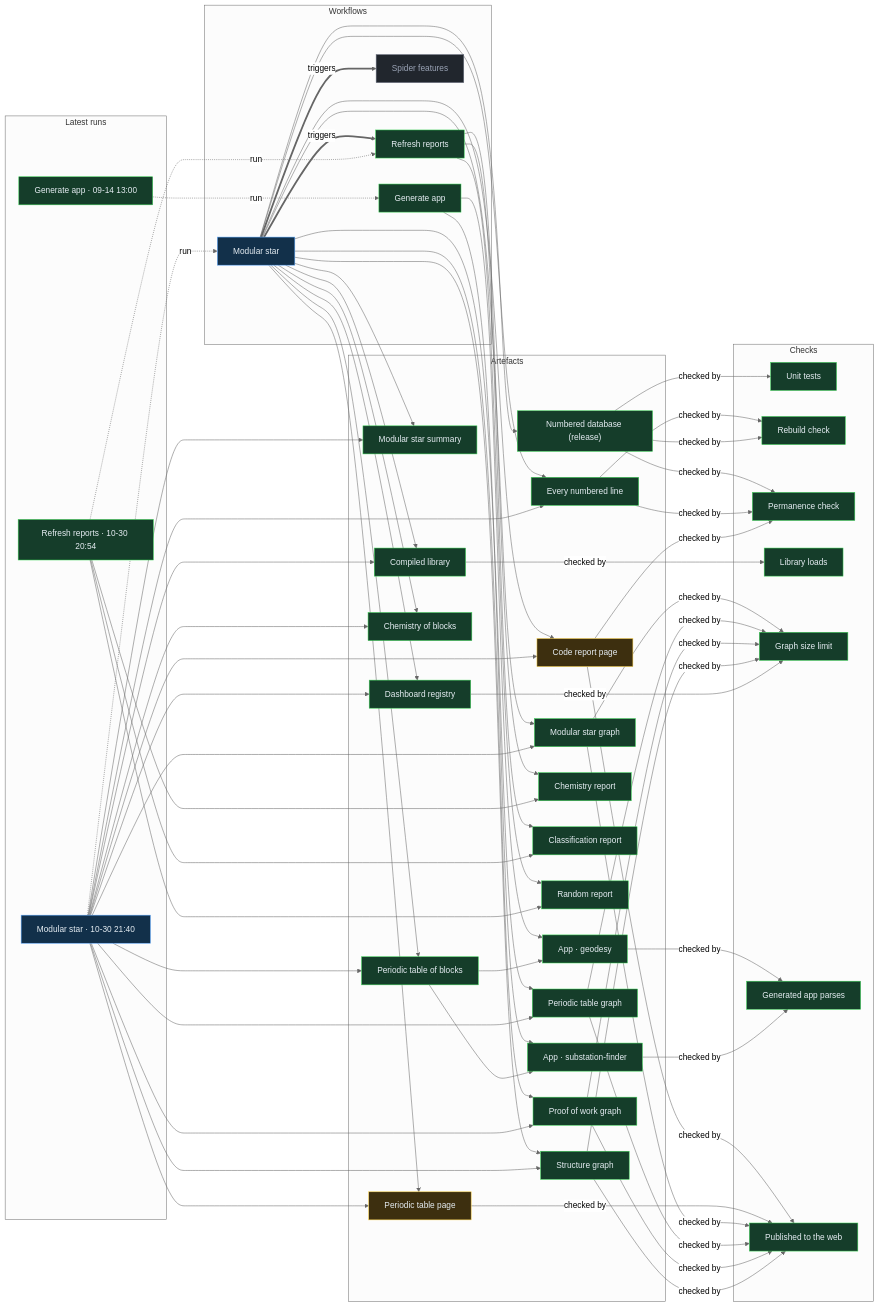
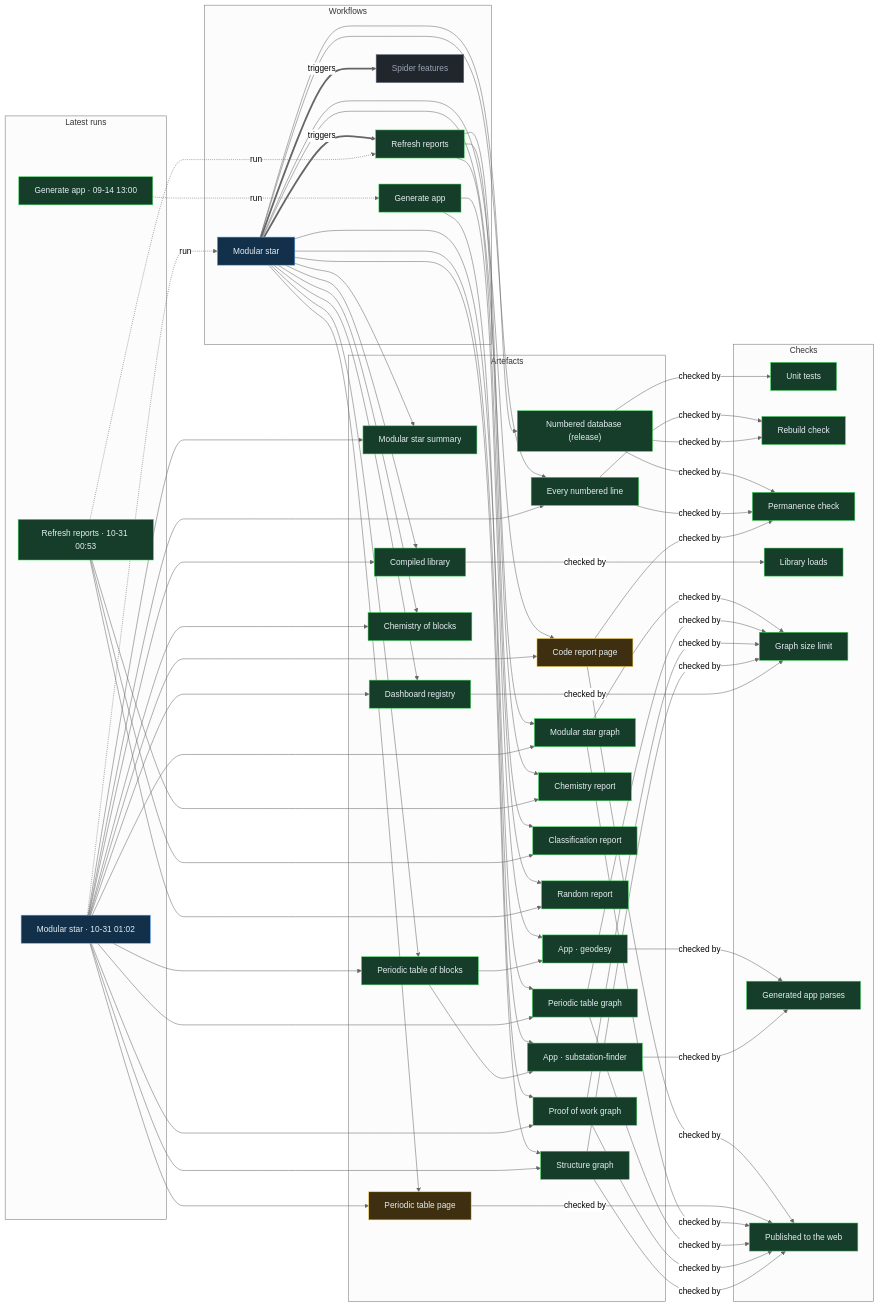
The diagram in proof/PROOF.md (Ventusltd/stars), drawn with Mermaid (neutral theme) before and after one commit. The commit also changed other lines of this file and 53 other files, not shown here.

Commit message:
Modular star 2026-10-31T01:05Z

```diff
--- a/proof/PROOF.md
+++ b/proof/PROOF.md
@@ -24,8 +24,8 @@
   n_wf_spider_features["Spider features"]:::off
   end
   subgraph g_runs["Latest runs"]
-  n_run_41132800842["Modular star · 10-30 21:40"]:::live
-  n_run_41126928668["Refresh reports · 10-30 20:54"]:::ok
+  n_run_41153359529["Modular star · 10-31 01:02"]:::live
+  n_run_41152590300["Refresh reports · 10-31 00:53"]:::ok
   n_run_34846587798["Generate app · 09-14 13:00"]:::ok
   end
   subgraph g_artefacts["Artefacts"]
@@ -59,39 +59,39 @@
   end
   n_wf_modular_star == triggers ==> n_wf_refresh
   n_wf_modular_star == triggers ==> n_wf_spider_features
-  n_run_41132800842 -. run .-> n_wf_modular_star
-  n_run_41126928668 -. run .-> n_wf_refresh
+  n_run_41153359529 -. run .-> n_wf_modular_star
+  n_run_41152590300 -. run .-> n_wf_refresh
   n_run_34846587798 -. run .-> n_wf_generate
   n_wf_modular_star --> n_art_summary
-  n_run_41132800842 --> n_art_summary
+  n_run_41153359529 --> n_art_summary
   n_wf_modular_star --> n_art_lines
-  n_run_41132800842 --> n_art_lines
+  n_run_41153359529 --> n_art_lines
   n_wf_modular_star --> n_art_code
-  n_run_41132800842 --> n_art_code
+  n_run_41153359529 --> n_art_code
   n_wf_modular_star --> n_art_modular_graph
-  n_run_41132800842 --> n_art_modular_graph
+  n_run_41153359529 --> n_art_modular_graph
   n_wf_modular_star --> n_art_blocks
-  n_run_41132800842 --> n_art_blocks
+  n_run_41153359529 --> n_art_blocks
   n_wf_modular_star --> n_art_table
-  n_run_41132800842 --> n_art_table
+  n_run_41153359529 --> n_art_table
   n_wf_modular_star --> n_art_blocks_graph
-  n_run_41132800842 --> n_art_blocks_graph
+  n_run_41153359529 --> n_art_blocks_graph
   n_wf_modular_star --> n_art_reactions
-  n_run_41132800842 --> n_art_reactions
+  n_run_41153359529 --> n_art_reactions
   n_wf_modular_star --> n_art_library
-  n_run_41132800842 --> n_art_library
+  n_run_41153359529 --> n_art_library
   n_wf_modular_star --> n_art_features
-  n_run_41132800842 --> n_art_features
+  n_run_41153359529 --> n_art_features
   n_wf_modular_star --> n_art_proof
-  n_run_41132800842 --> n_art_proof
+  n_run_41153359529 --> n_art_proof
   n_wf_modular_star --> n_art_structure
-  n_run_41132800842 --> n_art_structure
+  n_run_41153359529 --> n_art_structure
   n_wf_refresh --> n_art_chemistry
-  n_run_41126928668 --> n_art_chemistry
+  n_run_41152590300 --> n_art_chemistry
   n_wf_refresh --> n_art_vedic
-  n_run_41126928668 --> n_art_vedic
+  n_run_41152590300 --> n_art_vedic
   n_wf_refresh --> n_art_random
-  n_run_41126928668 --> n_art_random
+  n_run_41152590300 --> n_art_random
   n_wf_modular_star --> n_art_release
   n_wf_generate --> n_app_geodesy
   n_art_blocks --> n_app_geodesy
```
